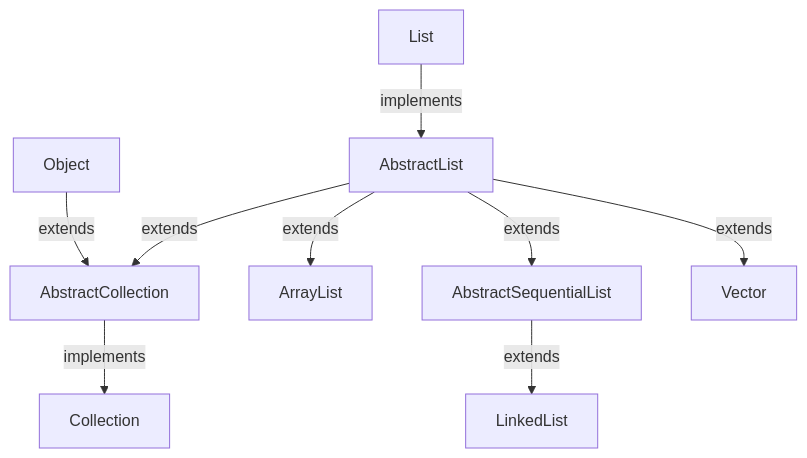
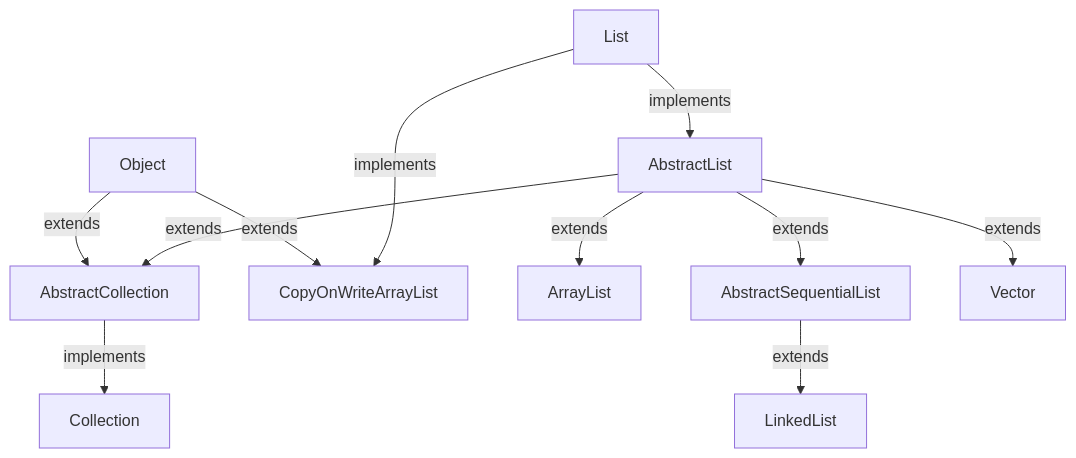
Before and after one commit to AvinandanBose/JavaCollection_List_Vector: the second of 3 diagrams in README.md, drawn with Mermaid.

````diff
--- a/README.md
+++ b/README.md
@@ -69,14 +69,16 @@
   ```mermaid
     
     graph TD;
     
     Object-->|extends| AbstractCollection;
+    Object-->|extends|CopyOnWriteArrayList;
     AbstractCollection-->|implements| Collection;
     AbstractList-->|extends|AbstractCollection;
     List-->|implements|AbstractList;
+    List-->|implements|CopyOnWriteArrayList;
     AbstractList-->|extends|ArrayList;
     AbstractList-->|extends|AbstractSequentialList;
     AbstractList-->|extends|Vector;
     AbstractSequentialList-->|extends|LinkedList;
    
   ```
````
